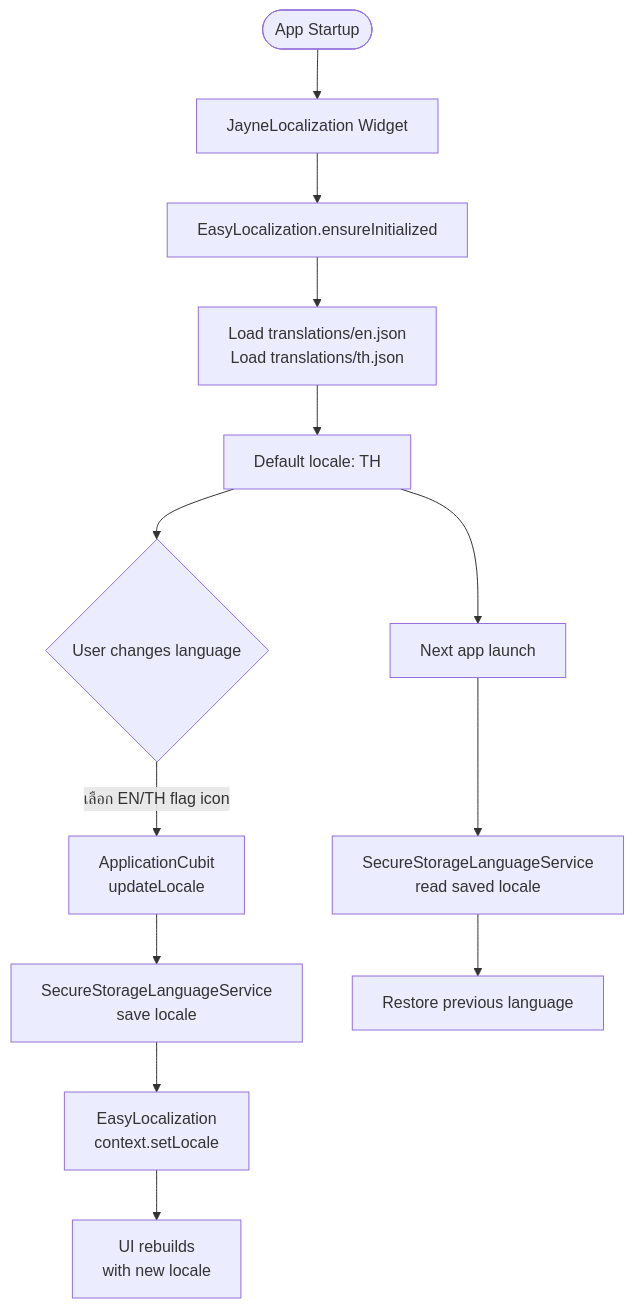
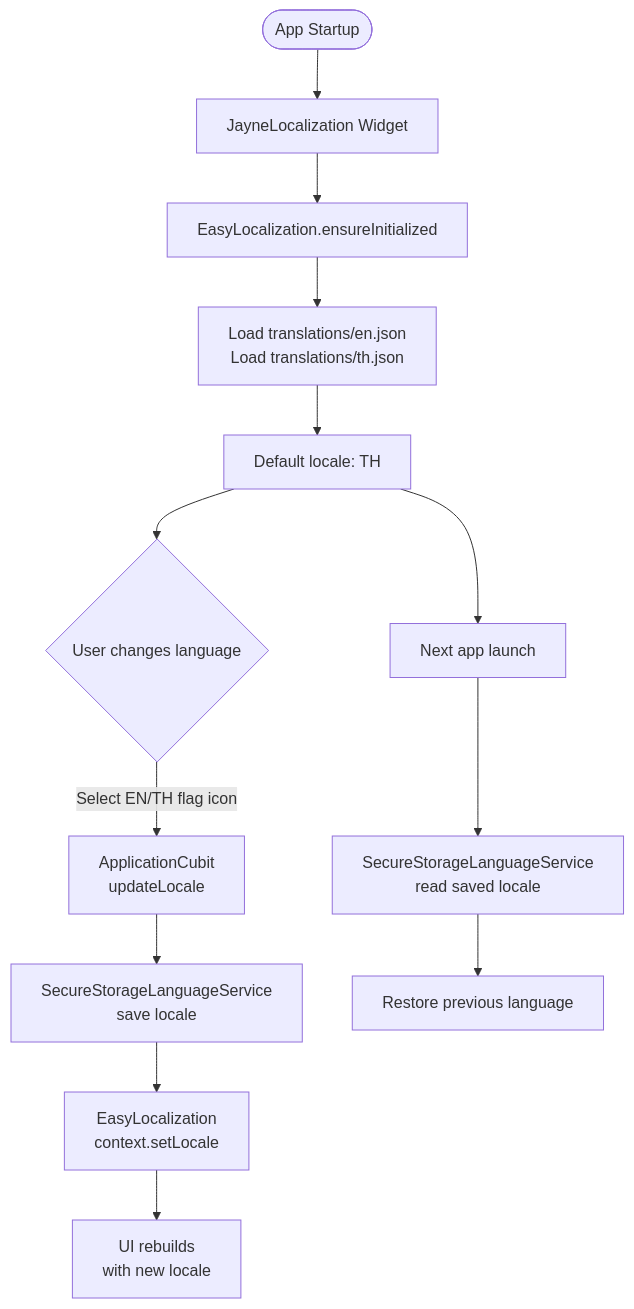
One commit to kullawattana/Jenny-GenAI-Application-V1 changed the seventh of 7 diagrams in README.md. Above: the diagram before and after it, drawn with Mermaid. The commit also changed other lines of this file, not shown here.

````diff
--- a/README.md
+++ b/README.md
@@ -496,17 +496,17 @@
 ```mermaid
 flowchart TD
     A([App Startup]) --> B[JayneLocalization Widget]
     B --> C[EasyLocalization.ensureInitialized]
     C --> D[Load translations/en.json\nLoad translations/th.json]
     D --> E[Default locale: TH]
 
     E --> F{User changes language}
-    F --> |เลือก EN/TH flag icon| G[ApplicationCubit\nupdateLocale]
+    F --> |Select EN/TH flag icon| G[ApplicationCubit\nupdateLocale]
     G --> H[SecureStorageLanguageService\nsave locale]
     H --> I[EasyLocalization\ncontext.setLocale]
     I --> J[UI rebuilds\nwith new locale]
 
     E --> K[Next app launch]
     K --> L[SecureStorageLanguageService\nread saved locale]
     L --> M[Restore previous language]
 ```
````
